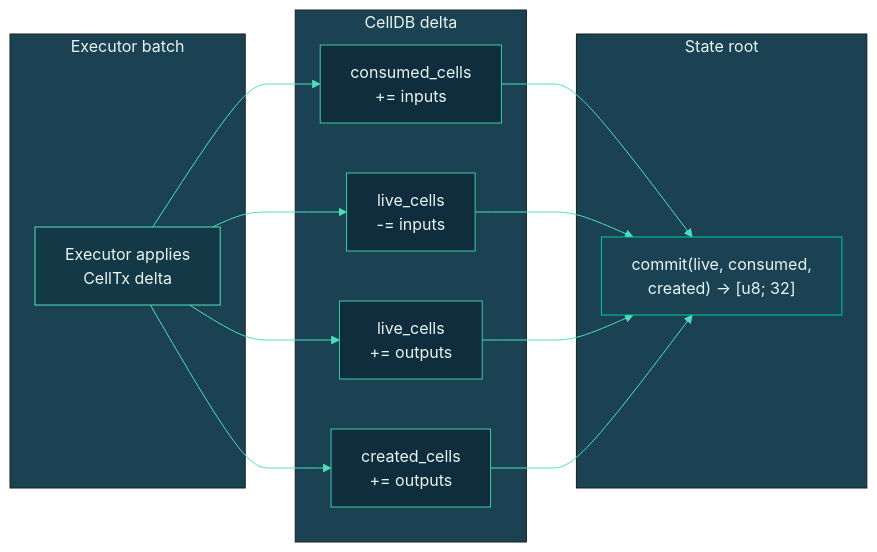
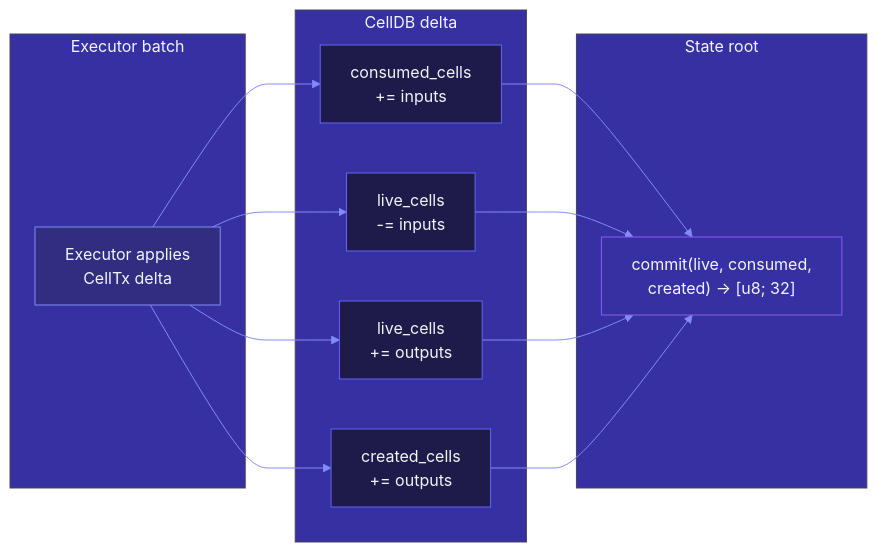
The first of 2 diagrams in docs/architecture/state.md (Myelin-Labs/Myelin), drawn with Mermaid before and after one commit. The commit also changed other lines of this file and 31 other files, not shown here.

````diff
--- a/docs/architecture/state.md
+++ b/docs/architecture/state.md
@@ -27,36 +27,36 @@
 ```mermaid
 %%{init: {
   "theme": "base",
   "themeVariables": {
-    "primaryColor": "#0F2D3D",
-    "primaryTextColor": "#E8F5F1",
-    "primaryBorderColor": "#3CCBAA",
-    "lineColor": "#4EE0BC",
-    "secondaryColor": "#143946",
-    "tertiaryColor": "#1A4253"
+    "primaryColor": "#1E1B4B",
+    "primaryTextColor": "#F1F5F9",
+    "primaryBorderColor": "#6366F1",
+    "lineColor": "#818CF8",
+    "secondaryColor": "#312E81",
+    "tertiaryColor": "#3730A3"
   }
 }}%%
 flowchart LR
     subgraph BATCH["Executor batch"]
         E["Executor applies<br/>CellTx delta"]:::exec
     end
     subgraph DELTA["CellDB delta"]
         D1["consumed_cells<br/>+= inputs"]:::delta
         D2["live_cells<br/>-= inputs"]:::delta
         D3["live_cells<br/>+= outputs"]:::delta
         D4["created_cells<br/>+= outputs"]:::delta
     end
     subgraph ROOT["State root"]
         R["commit(live, consumed,<br/>created) -> [u8; 32]"]:::root
     end
 
     E --> D1
     E --> D2
     E --> D3
     E --> D4
     D1 & D2 & D3 & D4 --> R
 
-    classDef exec  fill:#143946,stroke:#4EE0BC,color:#E8F5F1;
-    classDef delta fill:#0F2D3D,stroke:#3CCBAA,color:#E8F5F1;
-    classDef root  fill:#1A4253,stroke:#00CC9F,color:#E8F5F1;
+    classDef exec  fill:#312E81,stroke:#818CF8,color:#F1F5F9;
+    classDef delta fill:#1E1B4B,stroke:#6366F1,color:#F1F5F9;
+    classDef root  fill:#3730A3,stroke:#8B5CF6,color:#F1F5F9;
 ```
````
